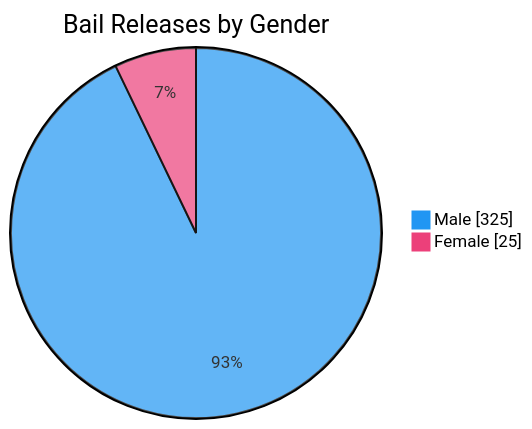
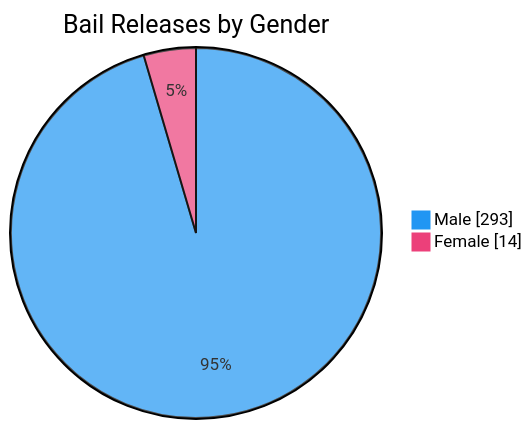
One commit to nuuuwan/lk_prisons changed the seventh of 7 diagrams in README.md. Above: the diagram before and after it, drawn with Mermaid. The commit also changed other lines of this file and 1 other file, not shown here.

````diff
--- a/README.md
+++ b/README.md
@@ -109,6 +109,6 @@
 ```mermaid
 %%{init: {'themeVariables': {'pie1': '#2196F3', 'pie2': '#EC407A'}}}%%
 pie showData title Bail Releases by Gender
-    "Male" : 325
-    "Female" : 25
+    "Male" : 293
+    "Female" : 14
 ```
````
